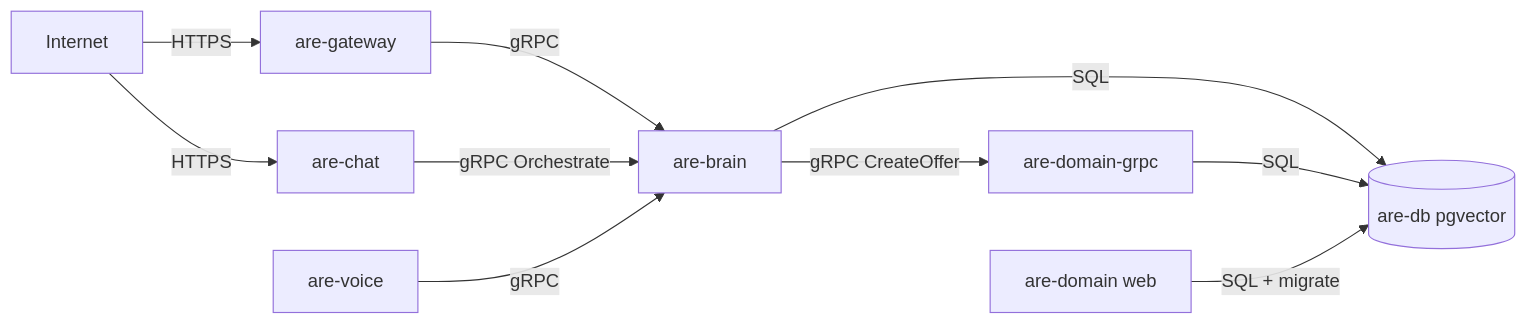
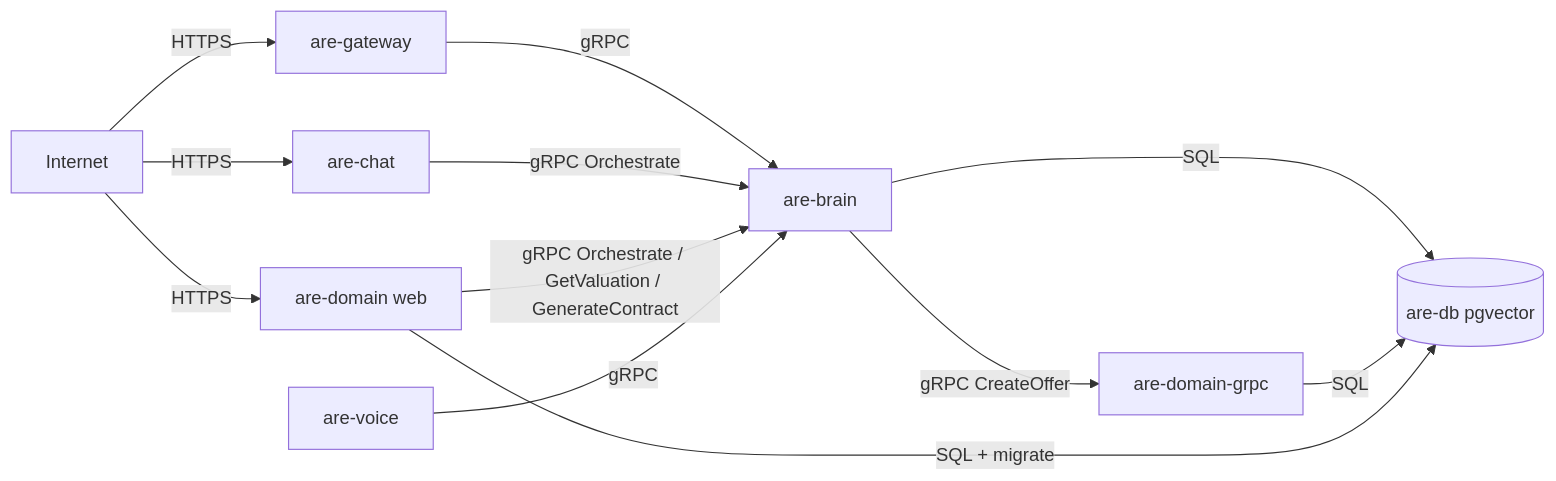
Before and after one commit to rikkiiwang/ai-real-estate-agent: the diagram in deploy/fly/DEPLOY.md, drawn with Mermaid. The commit also changed other lines of this file and 4 other files, not shown here.

First line of the commit message:
docs: align README/ARCHITECTURE/DEPLOY with the consumer marketplace + ready deploy for public are-domain

````diff
--- a/deploy/fly/DEPLOY.md
+++ b/deploy/fly/DEPLOY.md
@@ -18,12 +19,14 @@
 ```mermaid
 flowchart LR
+  Internet -->|HTTPS| DOM[are-domain web]
   Internet -->|HTTPS| GW[are-gateway]
   Internet -->|HTTPS| CHAT[are-chat]
   GW -->|gRPC| BRAIN[are-brain]
   CHAT -->|gRPC Orchestrate| BRAIN
+  DOM -->|gRPC Orchestrate / GetValuation / GenerateContract| BRAIN
   BRAIN -->|gRPC CreateOffer| DG[are-domain-grpc]
   BRAIN -->|SQL| DB[(are-db pgvector)]
   DG -->|SQL| DB
-  DOM[are-domain web] -->|SQL + migrate| DB
+  DOM -->|SQL + migrate| DB
   VOICE[are-voice] -->|gRPC| BRAIN
 ```
````
